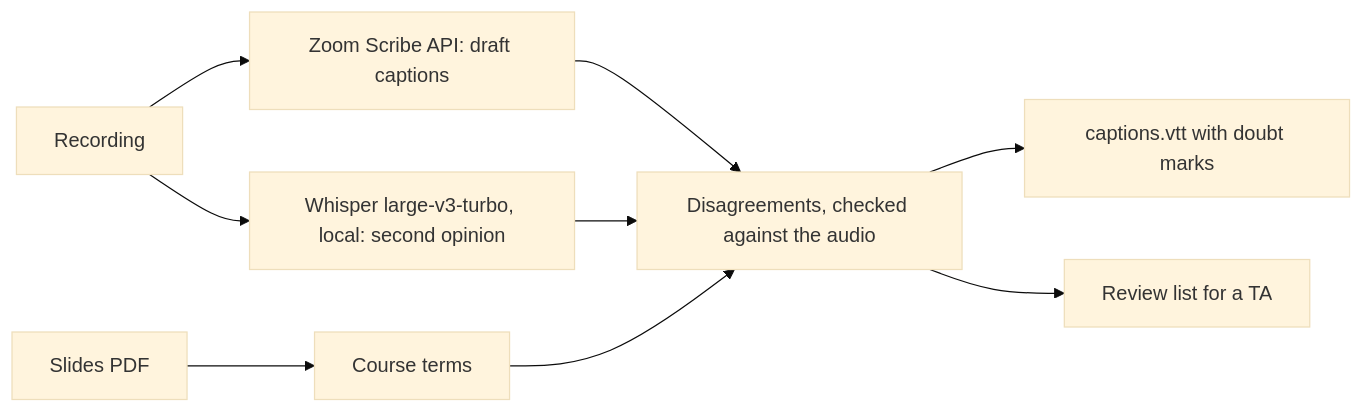
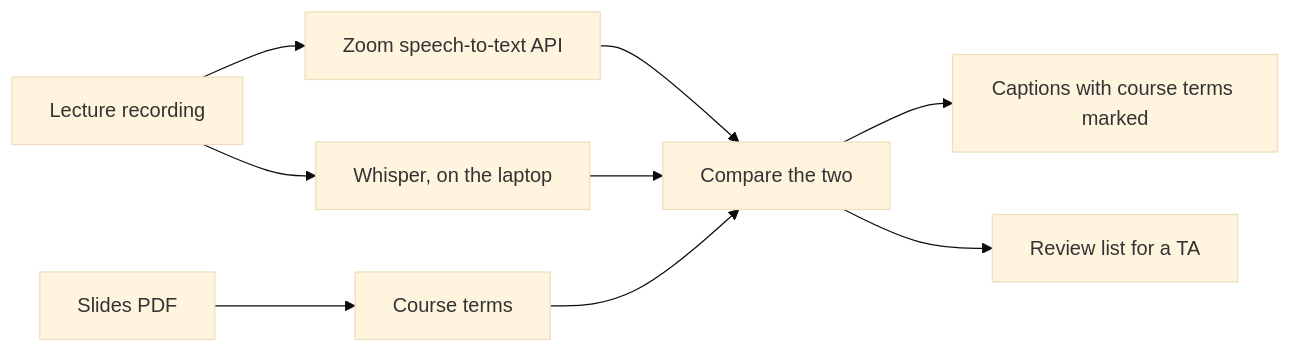
One commit to itsmeck24/captionfix changed the diagram in README.md. Above: the diagram before and after it, drawn with Mermaid (base theme). The commit also changed other lines of this file and 7 other files, not shown here.

````diff
--- a/README.md
+++ b/README.md
@@ -73,11 +62,11 @@
 ```mermaid
 flowchart LR
-  rec[Recording] --> zoom[Zoom Scribe API: draft captions]
-  rec --> whisper[Whisper large-v3-turbo, local: second opinion]
+  rec[Lecture recording] --> zoom[Zoom speech-to-text API]
+  rec --> whisper[Whisper, on the laptop]
   slides[Slides PDF] --> terms[Course terms]
-  zoom --> check[Disagreements, checked against the audio]
-  whisper --> check
-  terms --> check
-  check --> vtt[captions.vtt with doubt marks]
-  check --> review[Review list for a TA]
+  zoom --> compare[Compare the two]
+  whisper --> compare
+  terms --> compare
+  compare --> vtt[Captions with course terms marked]
+  compare --> review[Review list for a TA]
 ```
````
